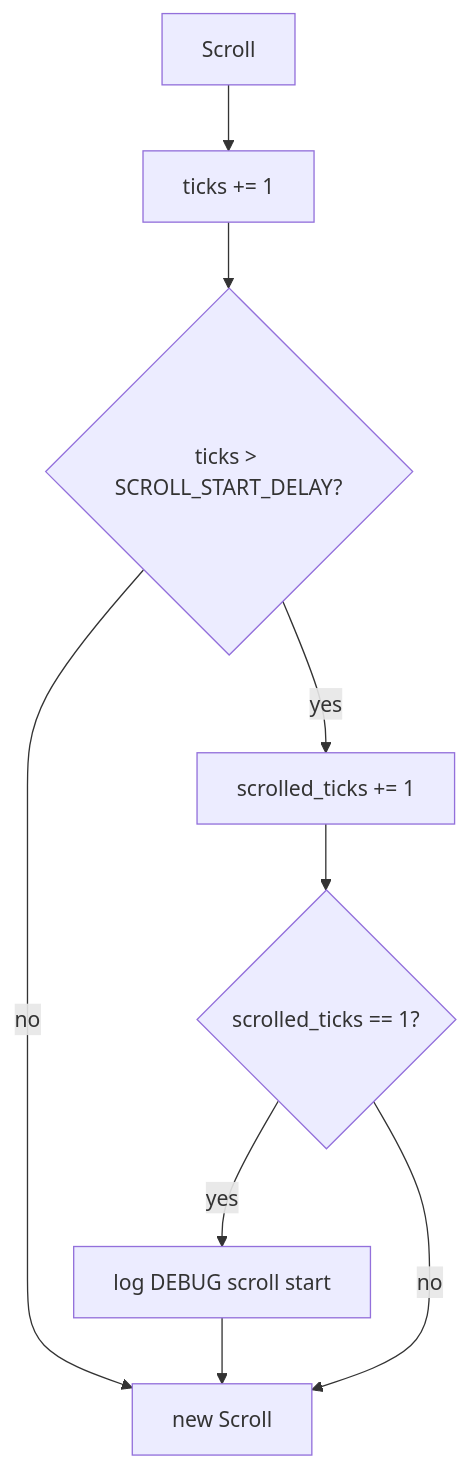
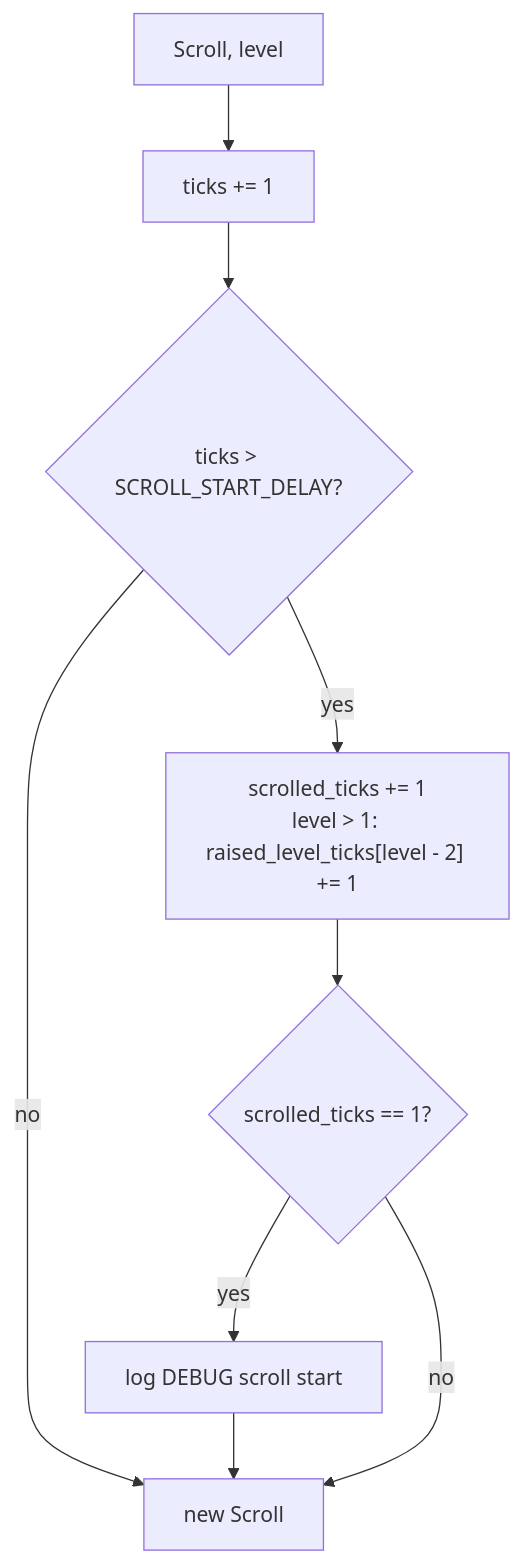
One commit to david-mntl/driftward-ace changed the first of 2 diagrams in docs/contracts/systems/scroll.md. Above: the diagram before and after it, drawn with Mermaid. The commit also changed other lines of this file and 18 other files, not shown here.

Commit message:
docs(contracts): add DRA-76 waves contract, wave and playlist schemas, tasks; update run, scroll, app, drifters, hud, debug overlay

````diff
--- a/docs/contracts/systems/scroll.md
+++ b/docs/contracts/systems/scroll.md
@@ -21,10 +22,10 @@
 ```mermaid
 flowchart TD
-  IN["Scroll"] --> T1["ticks += 1"]
+  IN["Scroll, level"] --> T1["ticks += 1"]
   T1 --> T2{"ticks > SCROLL_START_DELAY?"}
   T2 -- no --> OUT["new Scroll"]
-  T2 -- yes --> T3["scrolled_ticks += 1"]
+  T2 -- yes --> T3["scrolled_ticks += 1<br/>level > 1: raised_level_ticks[level - 2] += 1"]
   T3 --> T4{"scrolled_ticks == 1?"}
   T4 -- yes --> LOG["log DEBUG scroll start"] --> OUT
   T4 -- no --> OUT
 ```
````
